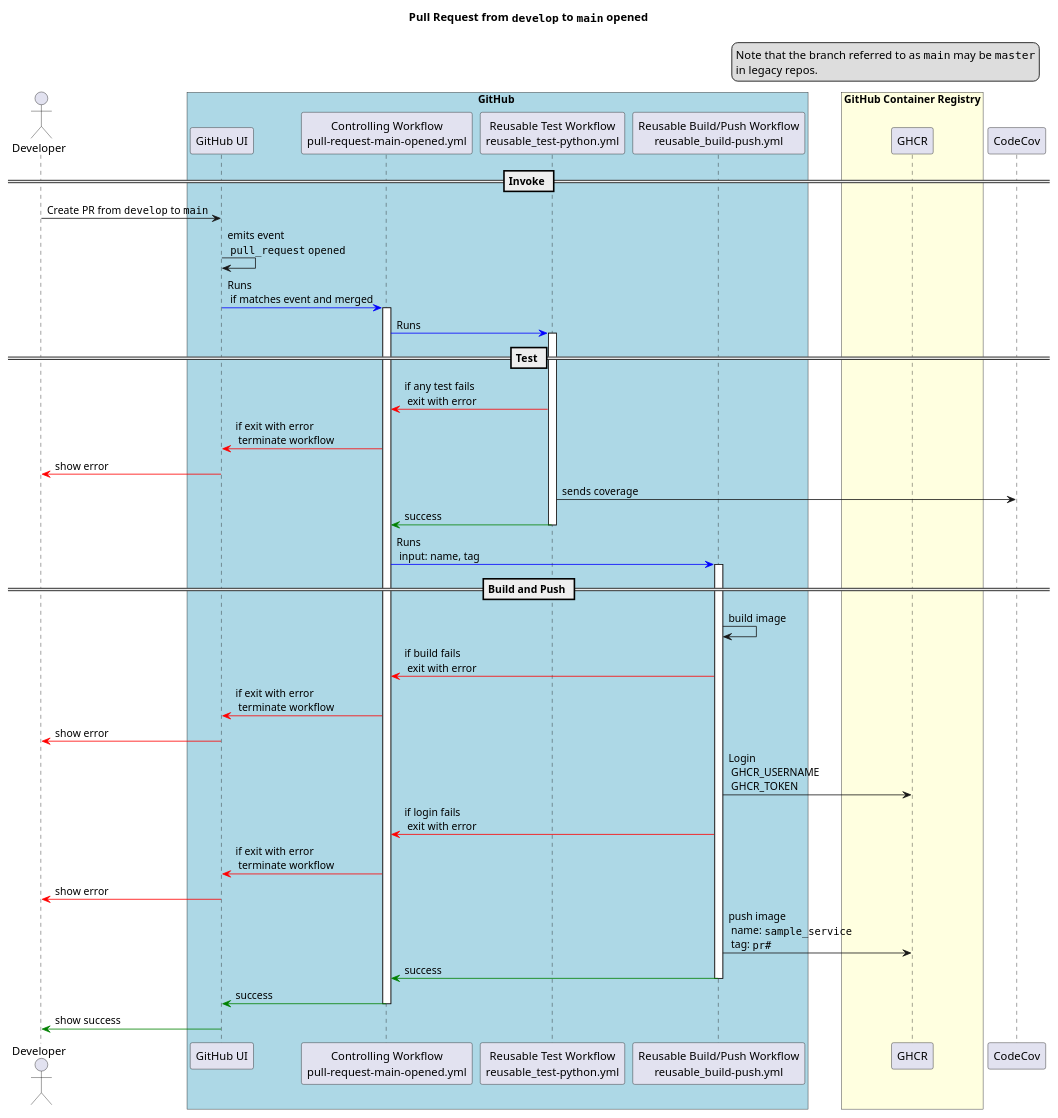
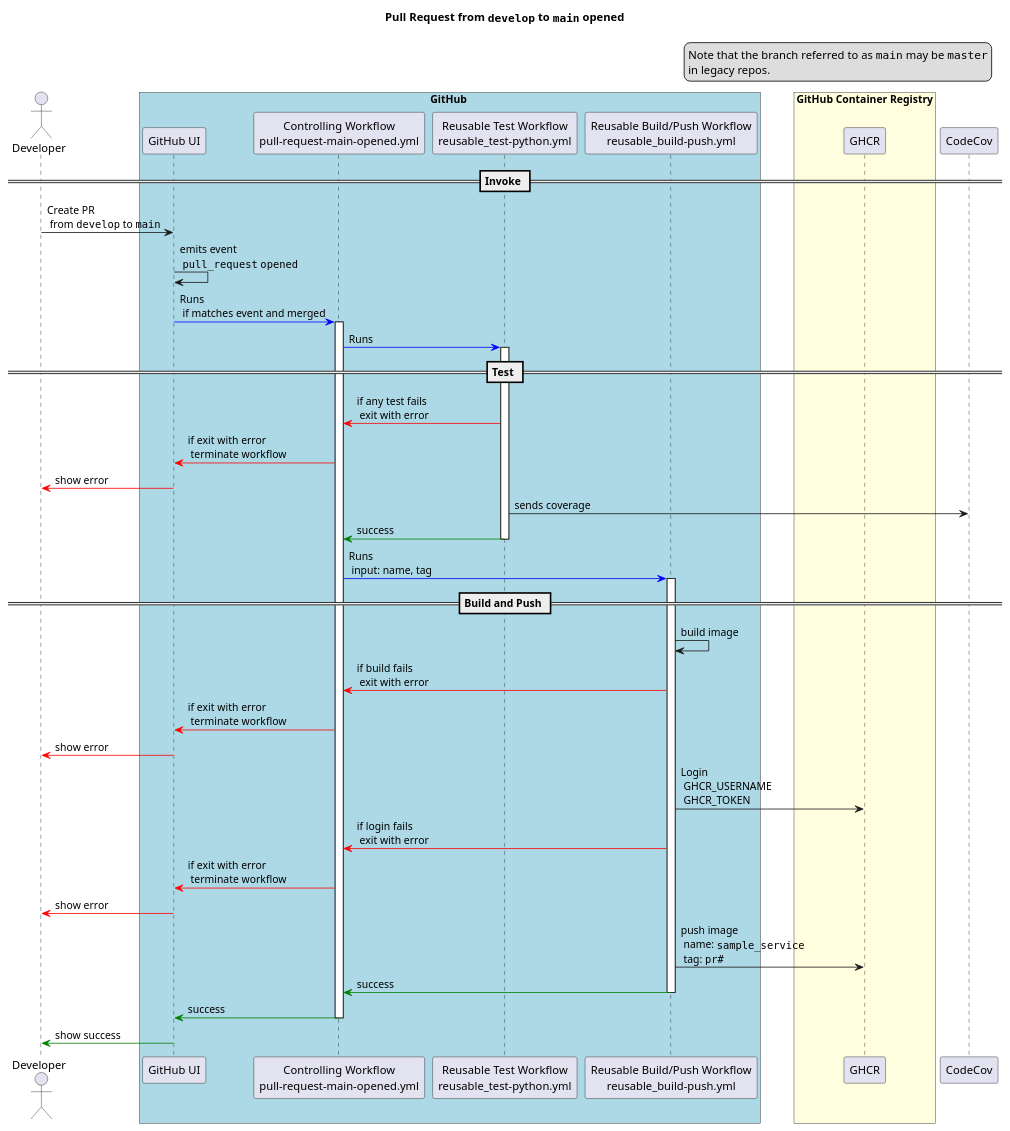
One commit to kbase/sample_service changed the diagram in docs/gha/diagrams/pull-request-main-opened-sequence.puml. Above: the diagram before and after it, drawn with PlantUML. The commit also changed 2 other files, not shown here.

Commit message:
finish mermaid diagrams, now refine [SAM-238]

```diff
--- a/docs/gha/diagrams/pull-request-main-opened-sequence.puml
+++ b/docs/gha/diagrams/pull-request-main-opened-sequence.puml
@@ -1,63 +1,63 @@
 @startuml
 
 actor Developer
 box GitHub #LightBlue
-participant "GitHub UI" as GH
-participant "Controlling Workflow\npull-request-main-opened.yml" as Workflow
-participant "Reusable Test Workflow\nreusable_test-python.yml" as TestWorkflow
-participant "Reusable Build/Push Workflow\nreusable_build-push.yml" as BuildPushWorkflow
+    participant "GitHub UI" as GH
+    participant "Controlling Workflow\npull-request-main-opened.yml" as Workflow
+    participant "Reusable Test Workflow\nreusable_test-python.yml" as TestWorkflow
+    participant "Reusable Build/Push Workflow\nreusable_build-push.yml" as BuildPushWorkflow
 end box
 box "GitHub Container Registry" #LightYellow
-participant GHCR
+    participant GHCR
 end box
 participant CodeCov
 
 title Pull Request from ""develop"" to ""main"" opened
 
 
 legend top right
 Note that the branch referred to as ""main"" may be ""master""
 in legacy repos.
 end legend
 
 == Invoke ==
-Developer -> GH: Create PR from ""develop"" to ""main""
+Developer -> GH: Create PR\n from ""develop"" to ""main""
 GH -> GH: emits event\n ""pull_request"" ""opened""
 GH -[#blue]> Workflow: Runs\n if matches event and merged
 activate Workflow
 
 Workflow -[#blue]> TestWorkflow: Runs
 
 == Test ==
 activate TestWorkflow
 TestWorkflow -[#red]> Workflow : if any test fails\n exit with error
 Workflow -[#red]> GH: if exit with error\n terminate workflow
 GH -[#red]> Developer: show error
 TestWorkflow -> CodeCov: sends coverage
 TestWorkflow -[#green]> Workflow: success
 deactivate TestWorkflow
 
 Workflow -[#blue]> BuildPushWorkflow: Runs\n input: name, tag
 
 == Build and Push ==
 activate BuildPushWorkflow
 BuildPushWorkflow -> BuildPushWorkflow: build image
 BuildPushWorkflow -[#red]> Workflow: if build fails\n exit with error
 Workflow -[#red]> GH: if exit with error\n terminate workflow
 GH -[#red]> Developer: show error
 
 BuildPushWorkflow -> GHCR: Login\n GHCR_USERNAME\n GHCR_TOKEN
 BuildPushWorkflow -[#red]> Workflow: if login fails\n exit with error
 Workflow -[#red]> GH: if exit with error\n terminate workflow
 GH -[#red]> Developer: show error
 
 BuildPushWorkflow -> GHCR: push image\n name: ""sample_service""\n tag: ""pr#""
 BuildPushWorkflow -[#green]> Workflow:success
 deactivate BuildPushWorkflow
 
 Workflow -[#green]> GH:success
 
 deactivate Workflow
 GH -[#green]> Developer: show success
 
 @enduml
```
